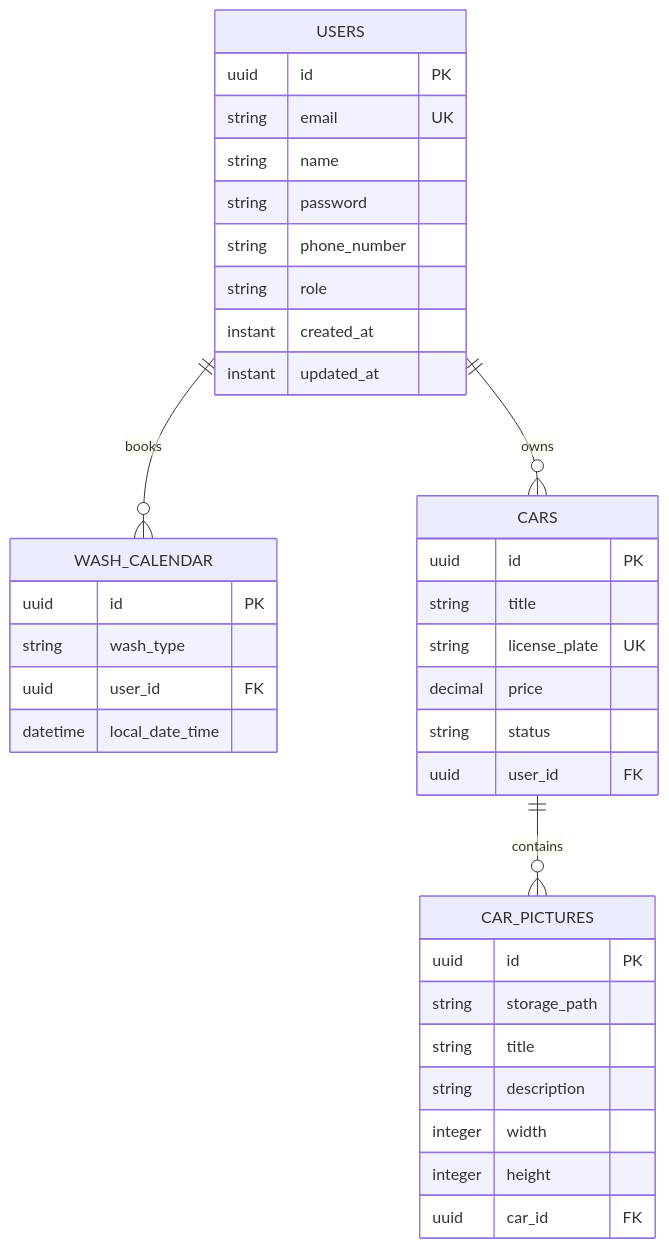
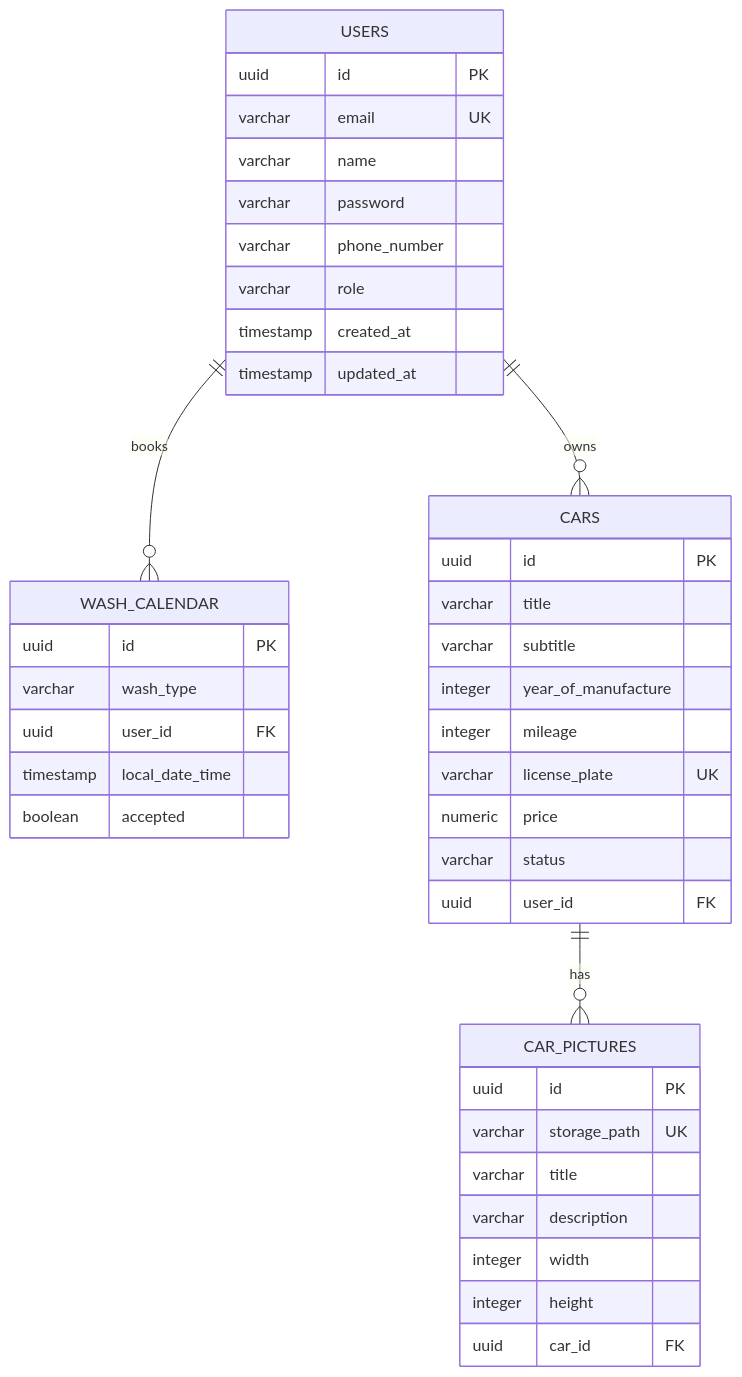
One commit to yassineao/poetsanders changed diagram 15 of 17 in README.md. Above: the diagram before and after it, drawn with Mermaid. The commit also changed other lines of this file, not shown here.

````diff
--- a/README.md
+++ b/README.md
@@ -633,43 +849,47 @@
 ```mermaid
 erDiagram
     USERS ||--o{ WASH_CALENDAR : books
     USERS ||--o{ CARS : owns
-    CARS ||--o{ CAR_PICTURES : contains
+    CARS ||--o{ CAR_PICTURES : has
 
     USERS {
         uuid id PK
-        string email UK
-        string name
-        string password
-        string phone_number
-        string role
-        instant created_at
-        instant updated_at
+        varchar email UK
+        varchar name
+        varchar password
+        varchar phone_number
+        varchar role
+        timestamp created_at
+        timestamp updated_at
     }
 
     WASH_CALENDAR {
         uuid id PK
-        string wash_type
+        varchar wash_type
         uuid user_id FK
-        datetime local_date_time
+        timestamp local_date_time
+        boolean accepted
     }
 
     CARS {
         uuid id PK
-        string title
-        string license_plate UK
-        decimal price
-        string status
+        varchar title
+        varchar subtitle
+        integer year_of_manufacture
+        integer mileage
+        varchar license_plate UK
+        numeric price
+        varchar status
         uuid user_id FK
     }
 
     CAR_PICTURES {
         uuid id PK
-        string storage_path
-        string title
-        string description
+        varchar storage_path UK
+        varchar title
+        varchar description
         integer width
         integer height
         uuid car_id FK
     }
 ```
````
